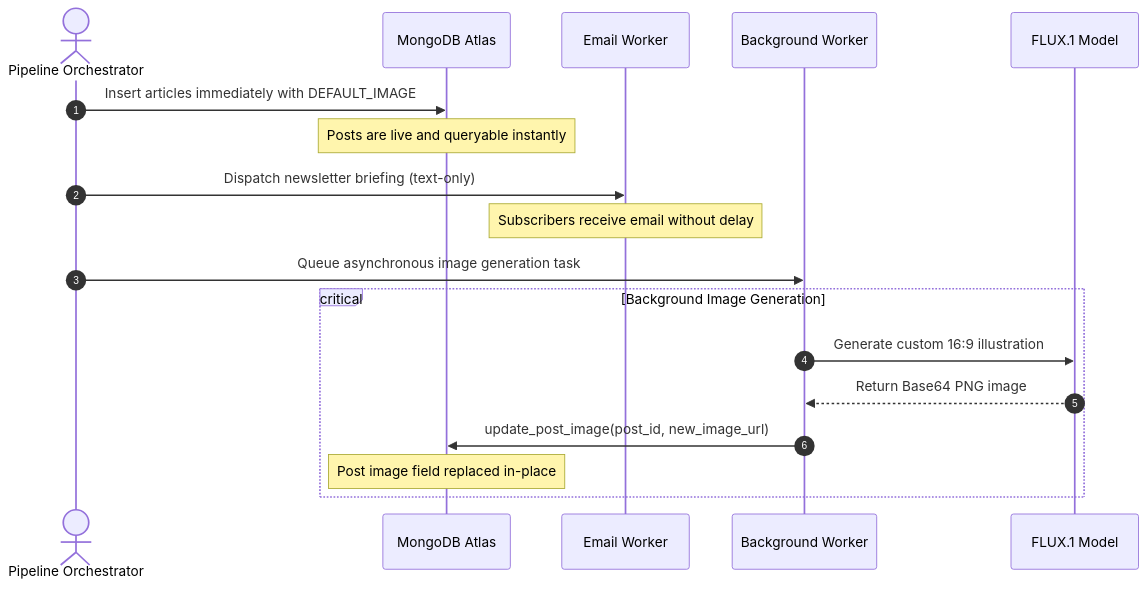
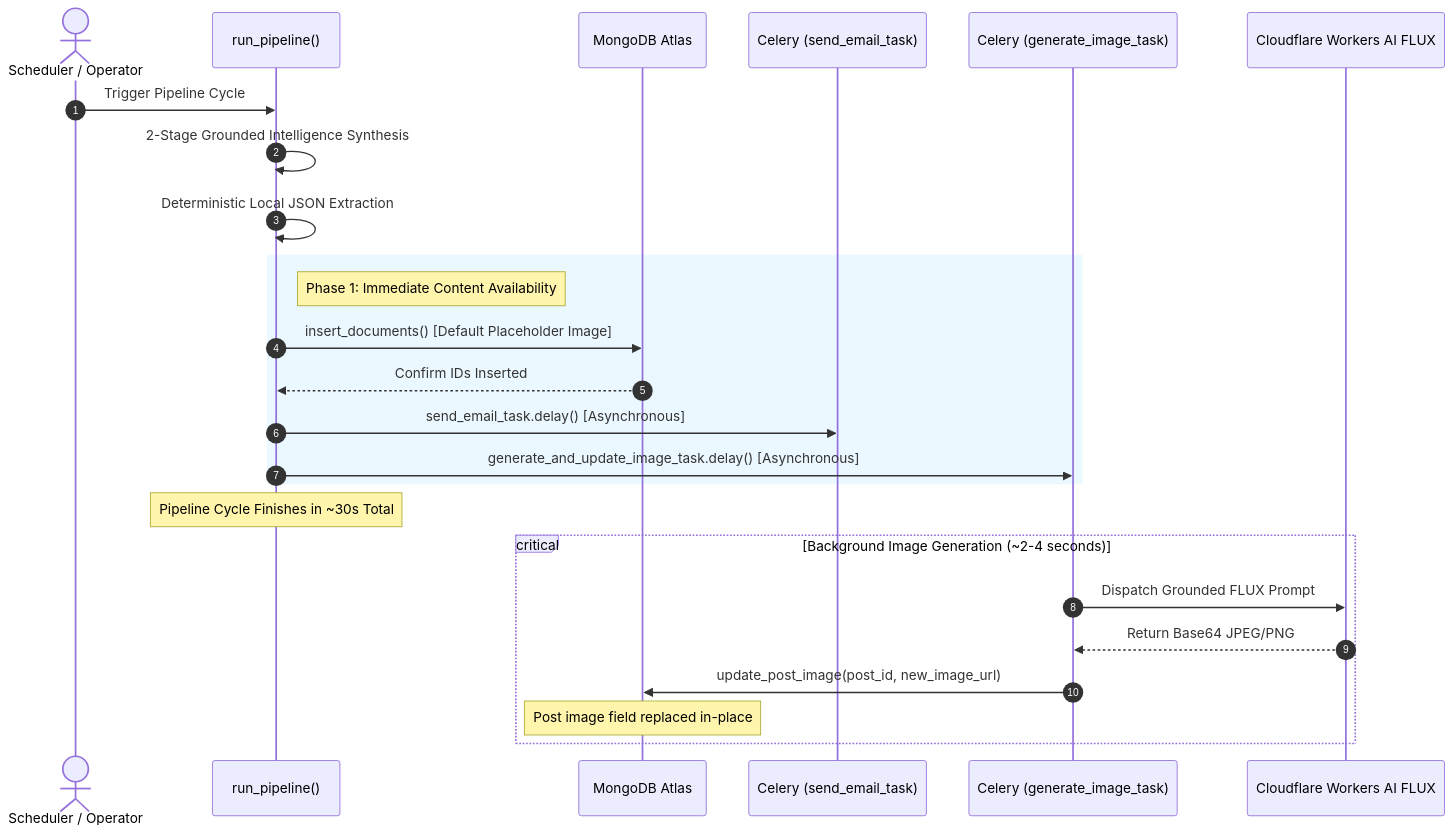
One commit to AnamolZ/lucid-trend changed the third of 5 diagrams in docs/mechanism.md. Above: the diagram before and after it, drawn with Mermaid. The commit also changed other lines of this file and 2 other files, not shown here.

First line of the commit message:
docs: update README, architecture diagrams, and operational guides with 2-stage pipeline and Cloudflare FLUX cascade

````diff
--- a/docs/mechanism.md
+++ b/docs/mechanism.md
@@ -166,22 +135,31 @@
 ```mermaid
 sequenceDiagram
     autonumber
-    actor Pipeline as Pipeline Orchestrator
+    actor Scheduler as Scheduler / Operator
+    participant Runner as run_pipeline()
     participant Mongo as MongoDB Atlas
-    participant Email as Email Worker
-    participant Celery as Background Worker
-    participant FLUX as FLUX.1 Model
+    participant Email as Celery (send_email_task)
+    participant Celery as Celery (generate_image_task)
+    participant CF as Cloudflare Workers AI FLUX
 
-    Pipeline->>Mongo: Insert articles immediately with DEFAULT_IMAGE
-    Note over Mongo: Posts are live and queryable instantly
-    Pipeline->>Email: Dispatch newsletter briefing (text-only)
-    Note over Email: Subscribers receive email without delay
-    Pipeline->>Celery: Queue asynchronous image generation task
+    Scheduler->>Runner: Trigger Pipeline Cycle
+    Runner->>Runner: 2-Stage Grounded Intelligence Synthesis
+    Runner->>Runner: Deterministic Local JSON Extraction
     
-    critical Background Image Generation
-        Celery->>FLUX: Generate custom 16:9 illustration
-        FLUX-->>Celery: Return Base64 PNG image
+    rect rgb(235, 248, 255)
+        note right of Runner: Phase 1: Immediate Content Availability
+        Runner->>Mongo: insert_documents() [Default Placeholder Image]
+        Mongo-->>Runner: Confirm IDs Inserted
+        Runner->>Email: send_email_task.delay() [Asynchronous]
+        Runner->>Celery: generate_and_update_image_task.delay() [Asynchronous]
+    end
+    
+    note over Runner: Pipeline Cycle Finishes in ~30s Total
+    
+    critical Background Image Generation (~2-4 seconds)
+        Celery->>CF: Dispatch Grounded FLUX Prompt
+        CF-->>Celery: Return Base64 JPEG/PNG
         Celery->>Mongo: update_post_image(post_id, new_image_url)
         Note over Mongo: Post image field replaced in-place
     end
 ```
````
